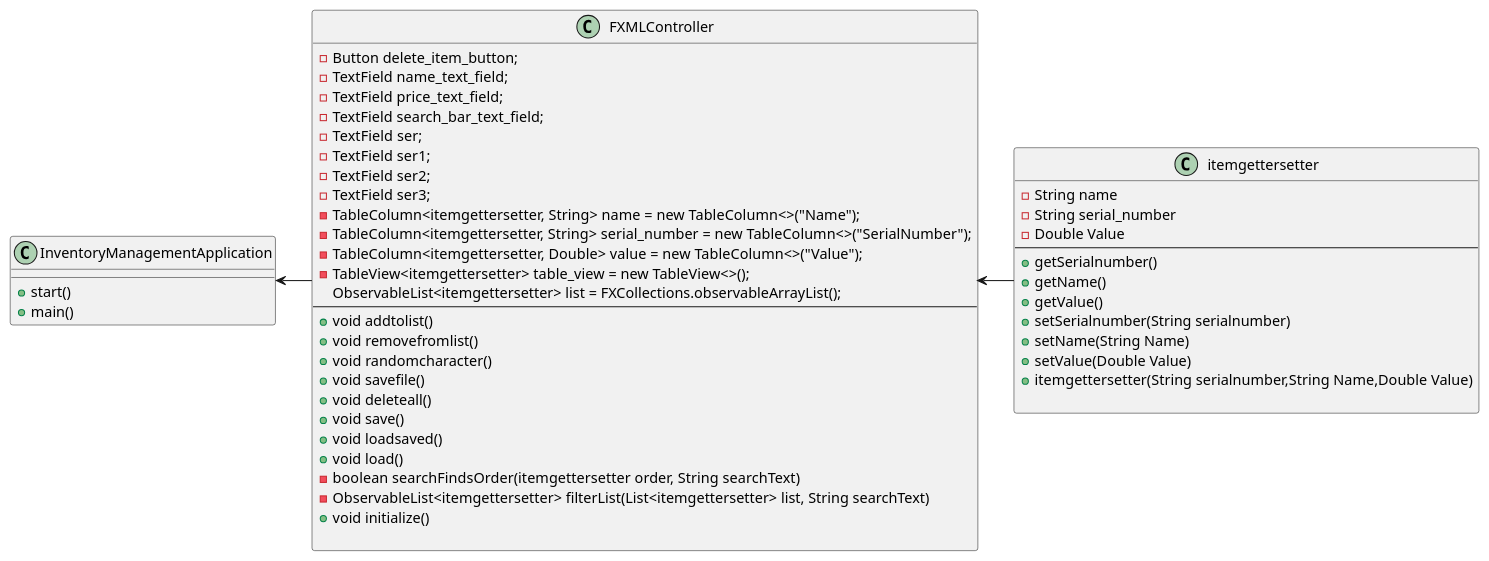
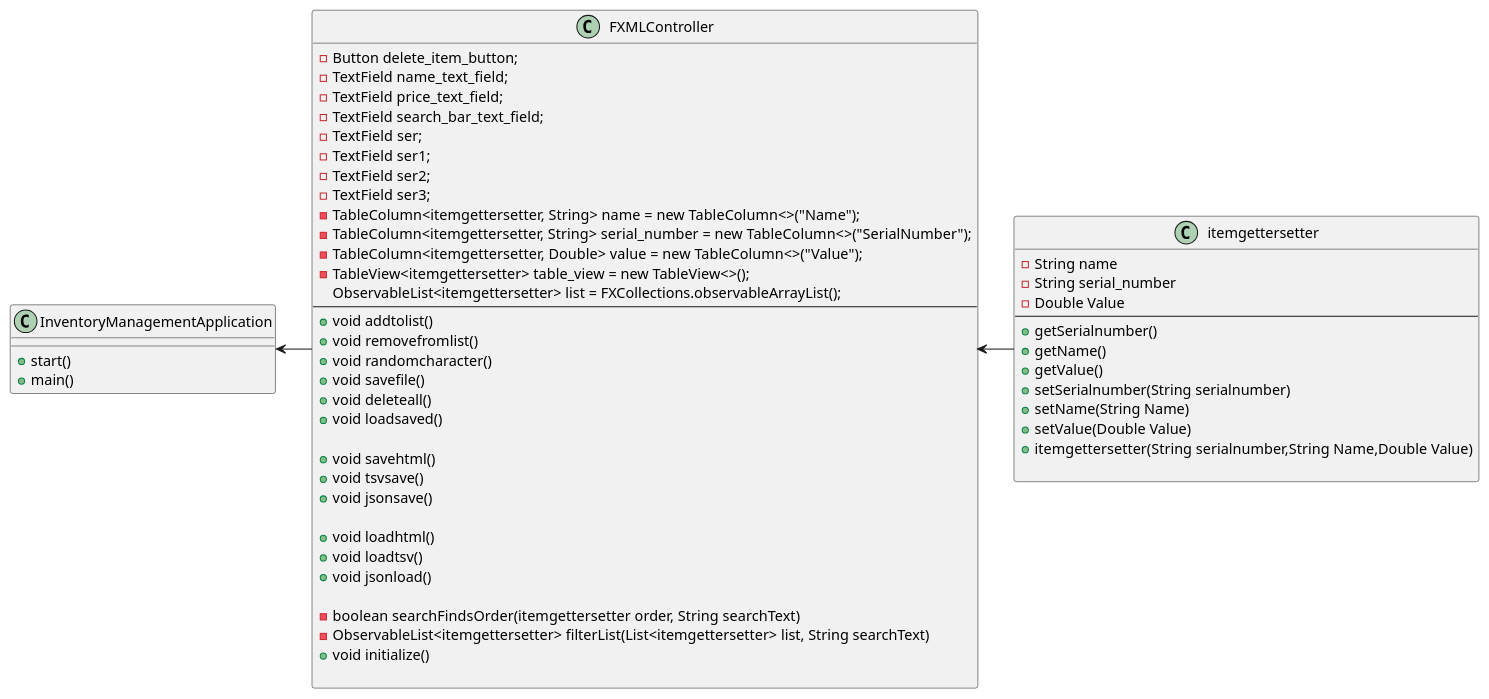
One commit to Benjaminshin1/shin-app2 changed the diagram in shin-app2/docs/diagram.puml. Above: the diagram before and after it, drawn with PlantUML. The commit also changed 5 other files, not shown here.

Commit message:
completed all major requirements/added all save and load options

```diff
--- a/shin-app2/docs/diagram.puml
+++ b/shin-app2/docs/diagram.puml
@@ -1,53 +1,60 @@
 @startuml
 class itemgettersetter{
 -String name
 -String serial_number
 -Double Value
 --
 +getSerialnumber()
 +getName()
 +getValue()
 +setSerialnumber(String serialnumber)
 +setName(String Name)
 +setValue(Double Value)
 +itemgettersetter(String serialnumber,String Name,Double Value)
 
 }
 
 class InventoryManagementApplication{
 +start()
 +main()
 }
 
 class FXMLController{
      -Button delete_item_button;
      -TextField name_text_field;
      -TextField price_text_field;
      -TextField search_bar_text_field;
      -TextField ser;
      -TextField ser1;
      -TextField ser2;
      -TextField ser3;
      -TableColumn<itemgettersetter, String> name = new TableColumn<>("Name");
      -TableColumn<itemgettersetter, String> serial_number = new TableColumn<>("SerialNumber");
      -TableColumn<itemgettersetter, Double> value = new TableColumn<>("Value");
      -TableView<itemgettersetter> table_view = new TableView<>();
      ObservableList<itemgettersetter> list = FXCollections.observableArrayList();
     --
     +void addtolist()
     +void removefromlist()
     +void randomcharacter()
     +void savefile()
     +void deleteall()
-    +void save()
     +void loadsaved()
-    +void load()
+
+    +void savehtml()
+    +void tsvsave()
+    +void jsonsave()
+
+    +void loadhtml()
+    +void loadtsv()
+    +void jsonload()
+
     -boolean searchFindsOrder(itemgettersetter order, String searchText)
     -ObservableList<itemgettersetter> filterList(List<itemgettersetter> list, String searchText)
     +void initialize()
 
 }
 InventoryManagementApplication<-FXMLController
 FXMLController<-itemgettersetter
 
 @enduml
```
